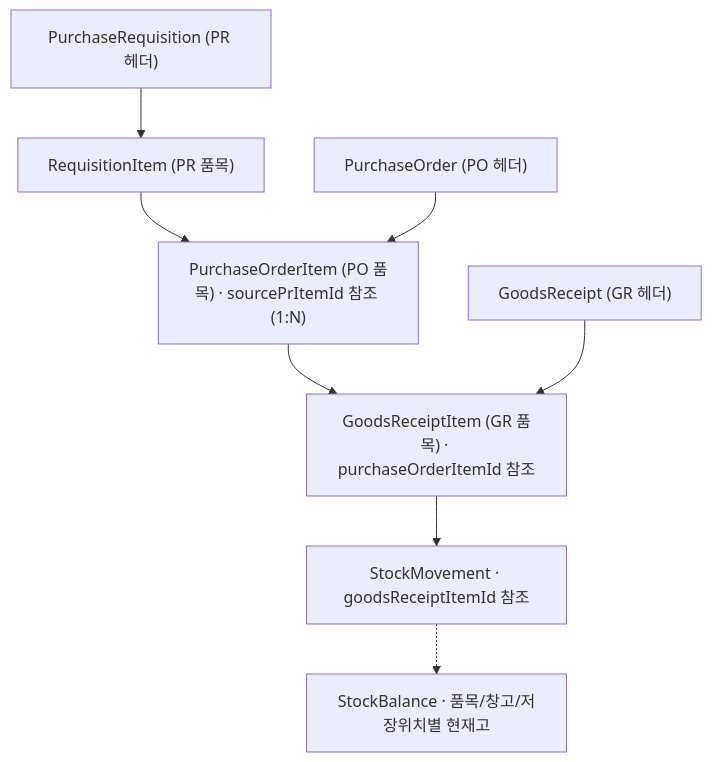
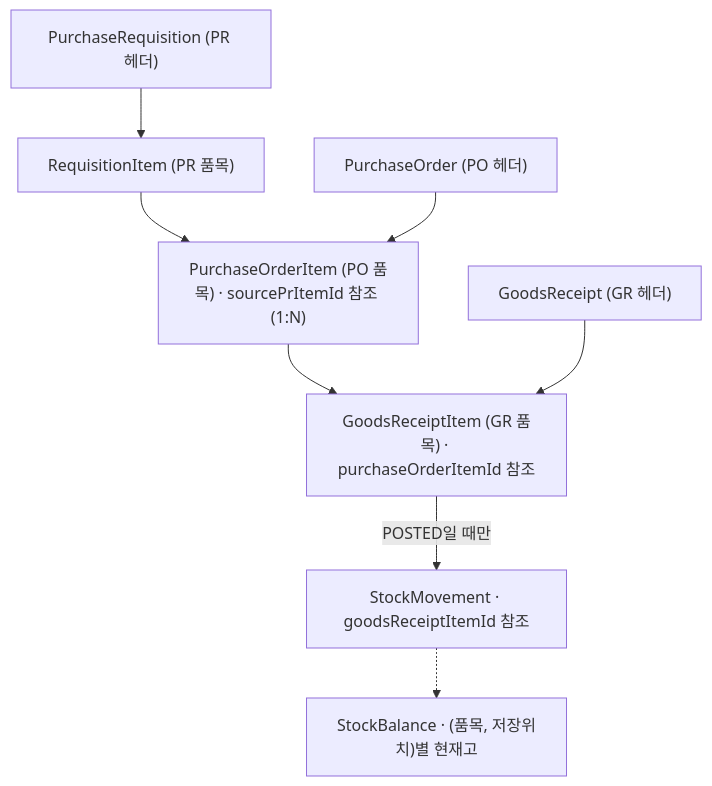
One commit to chagok-erp/chagok_docs changed the second of 5 diagrams in docs/business/04-ERP-WORKFLOW.md. Above: the diagram before and after it, drawn with Mermaid. The commit also changed other lines of this file and 14 other files, not shown here.

````diff
--- a/docs/business/04-ERP-WORKFLOW.md
+++ b/docs/business/04-ERP-WORKFLOW.md
@@ -49,10 +51,10 @@
 ```mermaid
 flowchart TD
     PR["PurchaseRequisition (PR 헤더)"] --> PRI["RequisitionItem (PR 품목)"]
     PRI --> POI["PurchaseOrderItem (PO 품목) · sourcePrItemId 참조 (1:N)"]
     PO["PurchaseOrder (PO 헤더)"] --> POI
     POI --> GRI["GoodsReceiptItem (GR 품목) · purchaseOrderItemId 참조"]
     GR["GoodsReceipt (GR 헤더)"] --> GRI
-    GRI --> SM["StockMovement · goodsReceiptItemId 참조"]
-    SM -.-> SB["StockBalance · 품목/창고/저장위치별 현재고"]
+    GRI -->|POSTED일 때만| SM["StockMovement · goodsReceiptItemId 참조"]
+    SM -.-> SB["StockBalance · (품목, 저장위치)별 현재고"]
 ```
````
